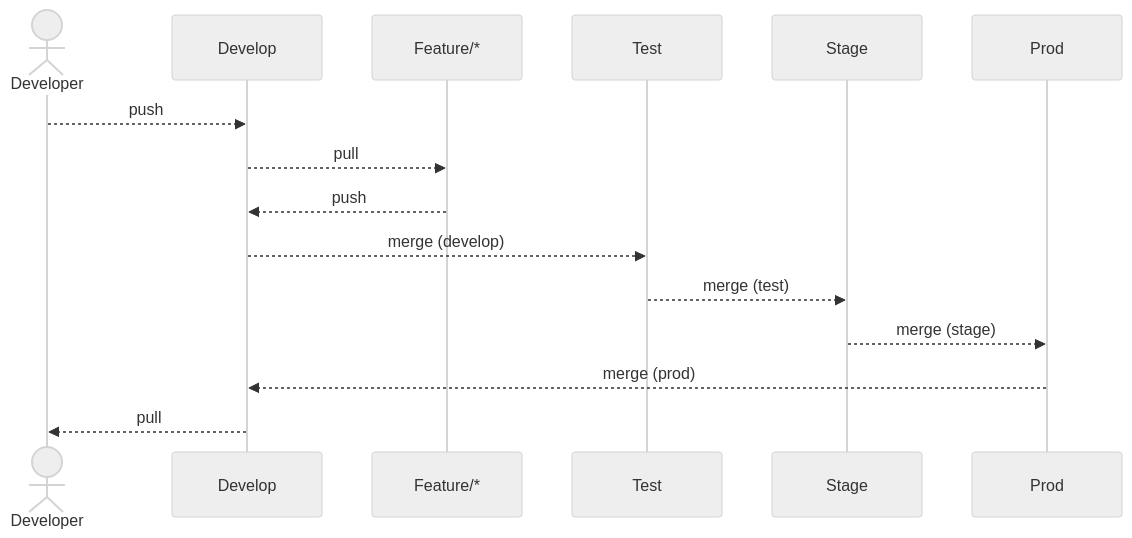
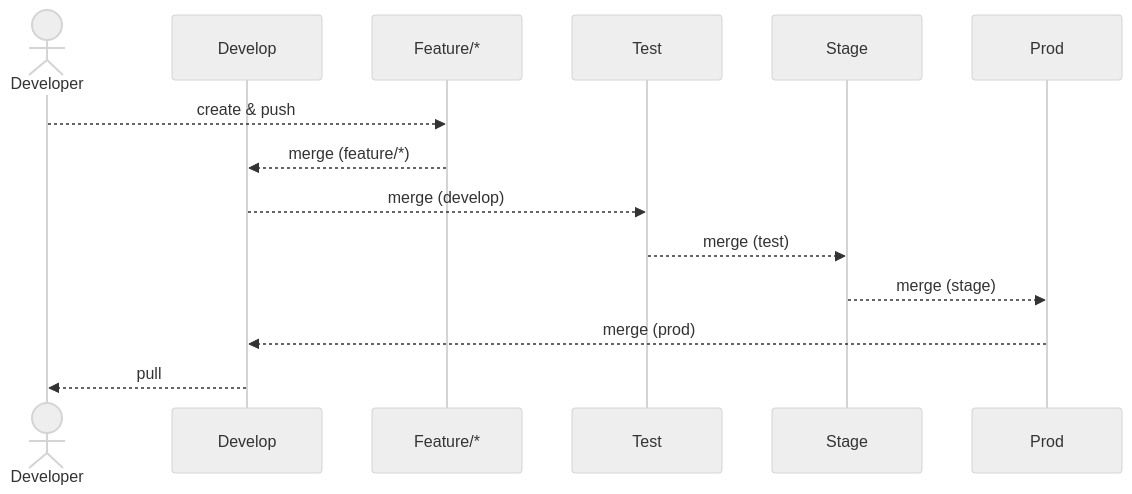
The second of 3 diagrams in Readme.md (OfficialApurvChatur/POC02-ExpressSetup), drawn with Mermaid (neutral theme) before and after one commit. The commit also changed 5 other files, not shown here.

````diff
--- a/Readme.md
+++ b/Readme.md
@@ -21,18 +21,17 @@
 ```mermaid
   sequenceDiagram
     actor Developer
     participant Develop
     participant Feature/*
     participant Test
     participant Stage
     participant Prod
     
-    Developer -->> Develop : push
-    Develop -->> Feature/* : pull
-    Feature/* -->> Develop : push
+    Developer -->> Feature/* : create & push
+    Feature/* -->> Develop : merge (feature/*)
     Develop -->> Test : merge (develop)
     Test -->> Stage : merge (test)
     Stage -->> Prod : merge (stage)
     Prod -->> Develop : merge (prod) 
     Develop -->> Developer : pull    
 ```
````
